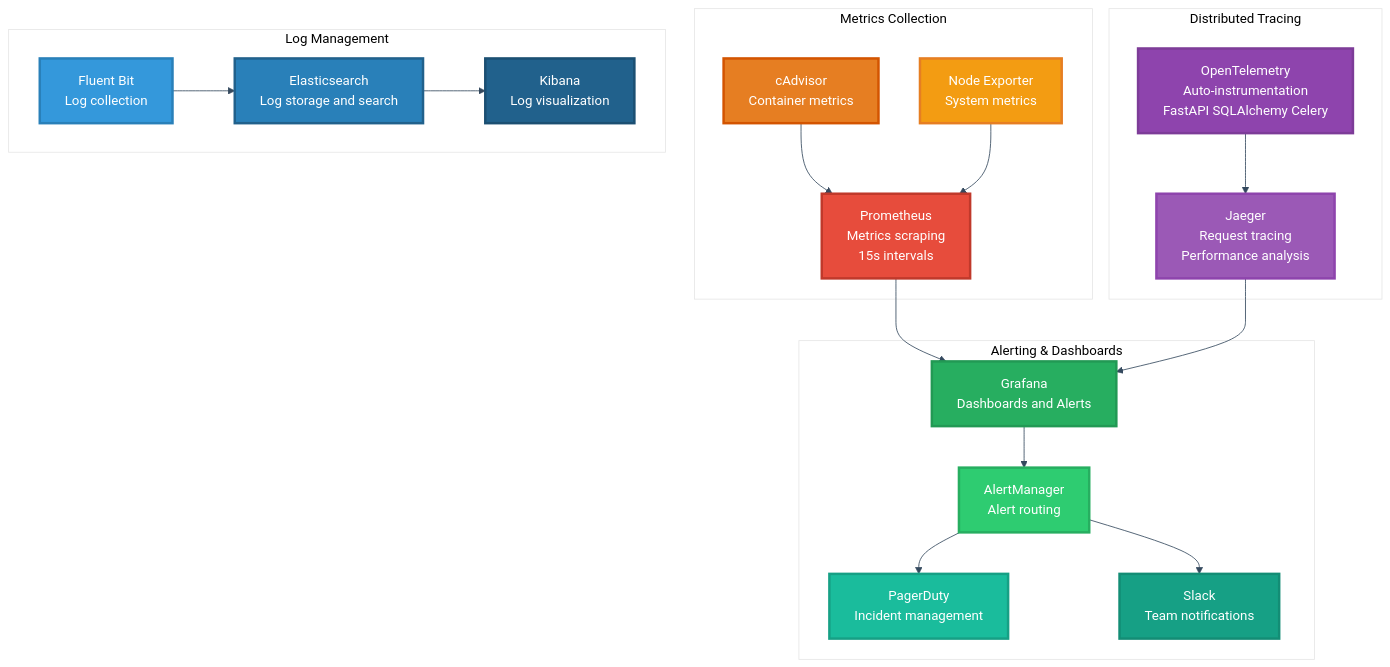
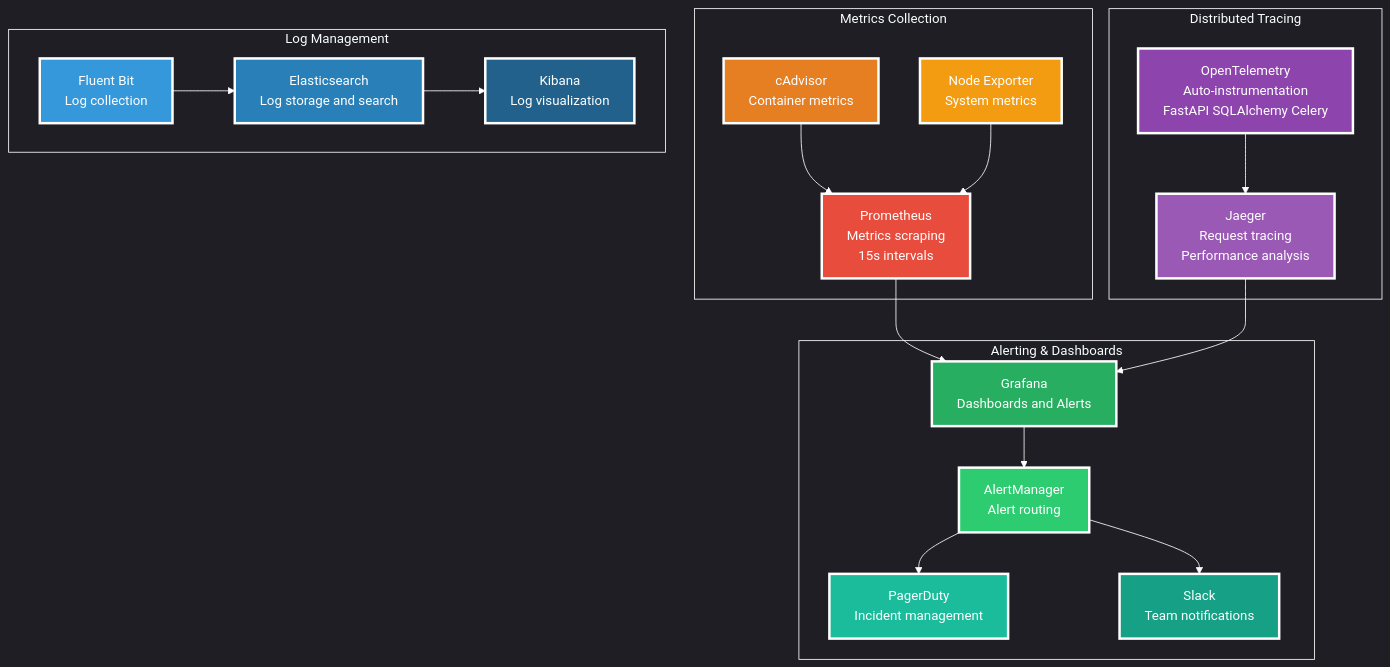
The seventh of 7 diagrams in docs/ARCHITECTURE.md (PriscillaOng12/AI-Code-Review-Squad), drawn with Mermaid before and after one commit. The commit also changed other lines of this file, not shown here.

````diff
--- a/docs/ARCHITECTURE.md
+++ b/docs/ARCHITECTURE.md
@@ -652,57 +652,57 @@
 ```mermaid
-%%{init: {'theme': 'base', 'themeVariables': {'primaryColor': '#ffffff', 'primaryTextColor': '#2c3e50', 'primaryBorderColor': '#2c3e50', 'lineColor': '#34495e', 'secondaryColor': '#ffffff', 'tertiaryColor': '#ffffff', 'background': '#ffffff', 'mainBkg': '#ffffff', 'secondBkg': '#ffffff', 'tertiaryBkg': '#ffffff'}}}%%
+%%{init: {'theme': 'dark', 'themeVariables': {'primaryColor': 'transparent', 'primaryTextColor': '#ffffff', 'primaryBorderColor': '#ffffff', 'lineColor': '#ffffff', 'secondaryColor': 'transparent', 'tertiaryColor': 'transparent', 'background': 'transparent', 'mainBkg': 'transparent', 'secondBkg': 'transparent', 'tertiaryBkg': 'transparent', 'clusterBkg': 'transparent', 'clusterBorder': '#ffffff', 'edgeLabelBackground': 'transparent'}}}%%
 graph TB
     subgraph "Metrics Collection"
         PROM[Prometheus<br/>Metrics scraping<br/>15s intervals]
         CADVISOR[cAdvisor<br/>Container metrics]
         NODE_EXP[Node Exporter<br/>System metrics]
     end
     
     subgraph "Distributed Tracing"
         JAEGER[Jaeger<br/>Request tracing<br/>Performance analysis]
         OTEL[OpenTelemetry<br/>Auto-instrumentation<br/>FastAPI SQLAlchemy Celery]
     end
     
     subgraph "Log Management"
         FLUENT[Fluent Bit<br/>Log collection]
         ELASTICSEARCH[Elasticsearch<br/>Log storage and search]
         KIBANA[Kibana<br/>Log visualization]
     end
     
     subgraph "Alerting & Dashboards"
         GRAFANA[Grafana<br/>Dashboards and Alerts]
         ALERTMANAGER[AlertManager<br/>Alert routing]
         PAGERDUTY[PagerDuty<br/>Incident management]
         SLACK[Slack<br/>Team notifications]
     end
     
     PROM --> GRAFANA
     CADVISOR --> PROM
     NODE_EXP --> PROM
     
     JAEGER --> GRAFANA
     OTEL --> JAEGER
     
     FLUENT --> ELASTICSEARCH
     ELASTICSEARCH --> KIBANA
     
     GRAFANA --> ALERTMANAGER
     ALERTMANAGER --> PAGERDUTY
     ALERTMANAGER --> SLACK
     
-    style PROM fill:#e74c3c,stroke:#c0392b,stroke-width:3px,color:#ffffff
-    style CADVISOR fill:#e67e22,stroke:#d35400,stroke-width:3px,color:#ffffff
-    style NODE_EXP fill:#f39c12,stroke:#e67e22,stroke-width:3px,color:#ffffff
+    style PROM fill:#e74c3c,stroke:#ffffff,stroke-width:3px,color:#ffffff
+    style CADVISOR fill:#e67e22,stroke:#ffffff,stroke-width:3px,color:#ffffff
+    style NODE_EXP fill:#f39c12,stroke:#ffffff,stroke-width:3px,color:#ffffff
     
-    style JAEGER fill:#9b59b6,stroke:#8e44ad,stroke-width:3px,color:#ffffff
-    style OTEL fill:#8e44ad,stroke:#7d3c98,stroke-width:3px,color:#ffffff
+    style JAEGER fill:#9b59b6,stroke:#ffffff,stroke-width:3px,color:#ffffff
+    style OTEL fill:#8e44ad,stroke:#ffffff,stroke-width:3px,color:#ffffff
     
-    style FLUENT fill:#3498db,stroke:#2980b9,stroke-width:3px,color:#ffffff
-    style ELASTICSEARCH fill:#2980b9,stroke:#21618c,stroke-width:3px,color:#ffffff
-    style KIBANA fill:#21618c,stroke:#1b4f72,stroke-width:3px,color:#ffffff
+    style FLUENT fill:#3498db,stroke:#ffffff,stroke-width:3px,color:#ffffff
+    style ELASTICSEARCH fill:#2980b9,stroke:#ffffff,stroke-width:3px,color:#ffffff
+    style KIBANA fill:#21618c,stroke:#ffffff,stroke-width:3px,color:#ffffff
     
-    style GRAFANA fill:#27ae60,stroke:#229954,stroke-width:3px,color:#ffffff
-    style ALERTMANAGER fill:#2ecc71,stroke:#27ae60,stroke-width:3px,color:#ffffff
-    style PAGERDUTY fill:#1abc9c,stroke:#16a085,stroke-width:3px,color:#ffffff
-    style SLACK fill:#16a085,stroke:#138d75,stroke-width:3px,color:#ffffff
+    style GRAFANA fill:#27ae60,stroke:#ffffff,stroke-width:3px,color:#ffffff
+    style ALERTMANAGER fill:#2ecc71,stroke:#ffffff,stroke-width:3px,color:#ffffff
+    style PAGERDUTY fill:#1abc9c,stroke:#ffffff,stroke-width:3px,color:#ffffff
+    style SLACK fill:#16a085,stroke:#ffffff,stroke-width:3px,color:#ffffff
 ```
````
